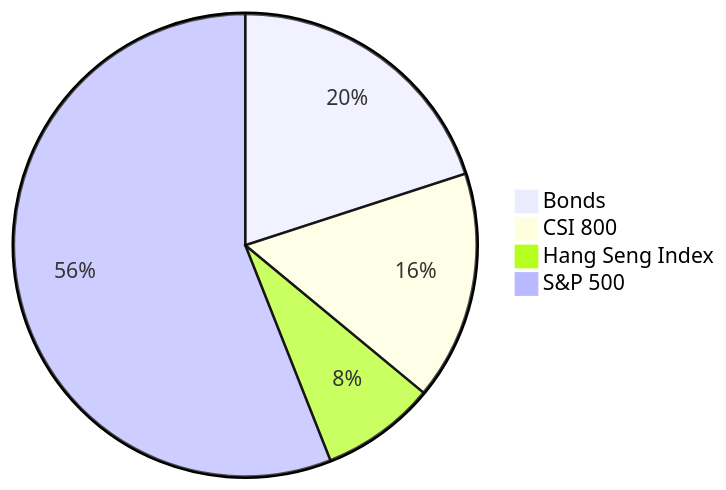
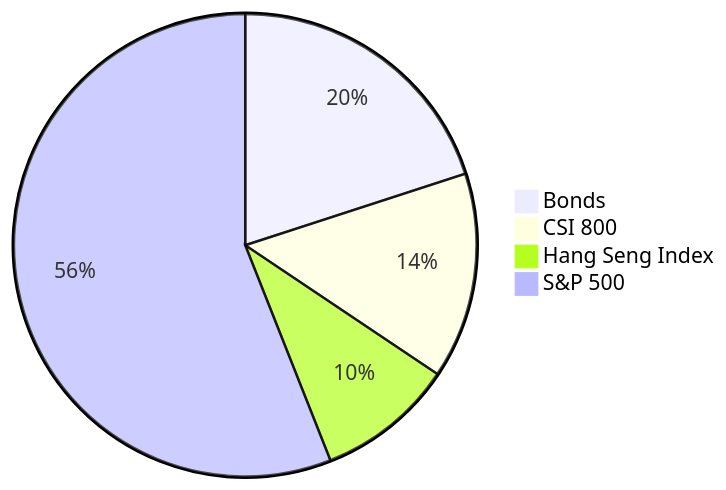
The fourth of 5 diagrams in chinese-couch-potato.md (low-earth-orbit/notes), drawn with Mermaid before and after one commit. The commit also changed other lines of this file, not shown here.

````diff
--- a/chinese-couch-potato.md
+++ b/chinese-couch-potato.md
@@ -161,7 +161,7 @@
 ```mermaid
 pie
 "Bonds" : 20
-"CSI 800" : 16
-"Hang Seng Index" : 8
+"CSI 800" : 14.4
+"Hang Seng Index" : 9.6
 "S&P 500" : 56
 ```
````
